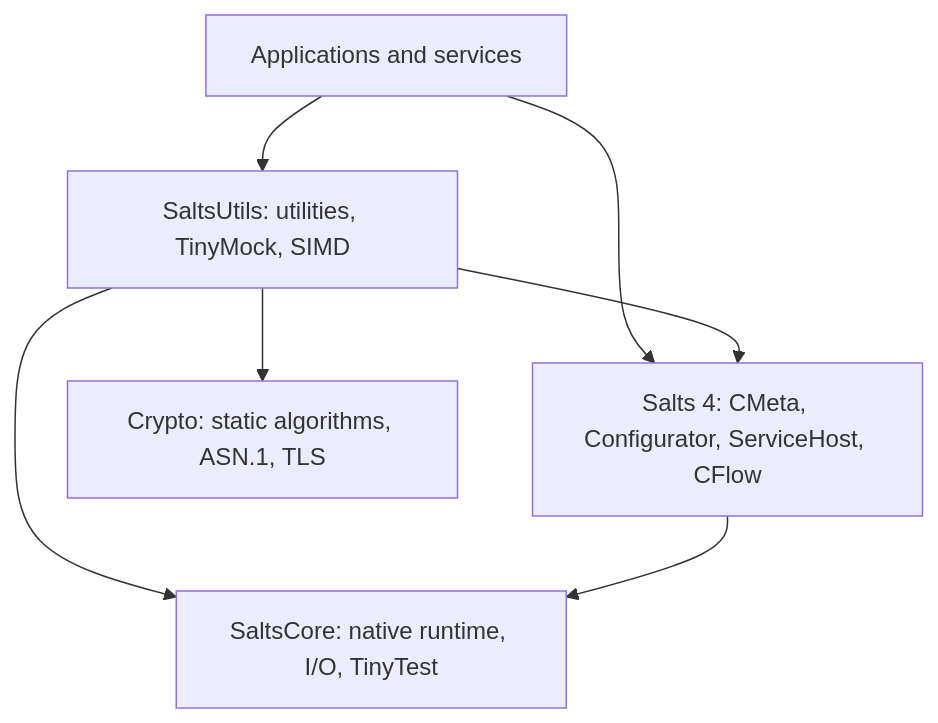
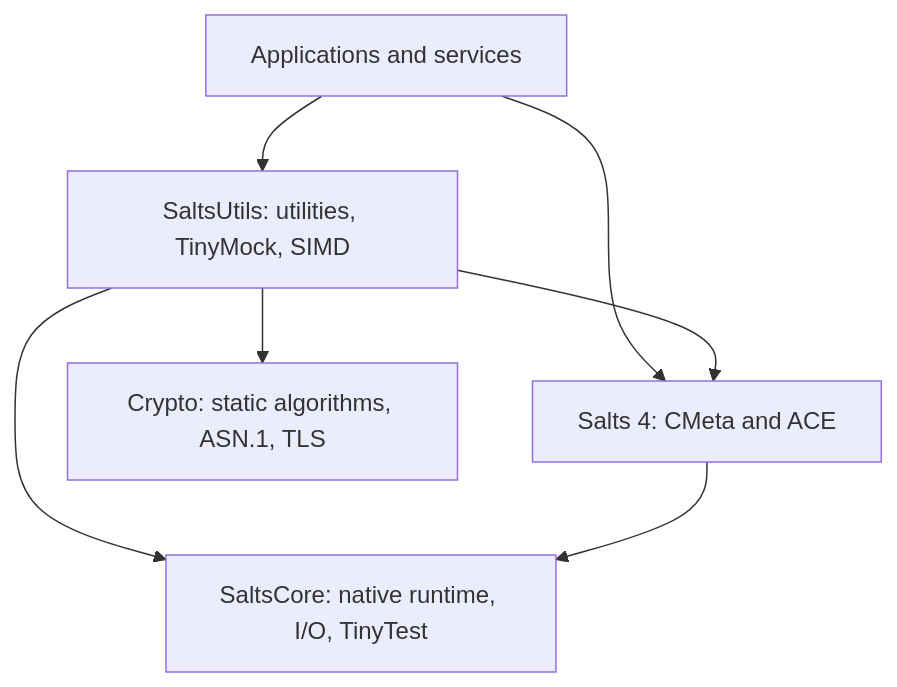
The diagram in ARCHITECTURE.md (qigao/cmeta), drawn with Mermaid before and after one commit. The commit also changed other lines of this file and 2 other files, not shown here.

Commit message:
docs: focus Salts positioning on CMeta and ACE

````diff
--- a/ARCHITECTURE.md
+++ b/ARCHITECTURE.md
@@ -5,14 +6,14 @@
 ```mermaid
 flowchart TD
     app["Applications and services"]
     utils["SaltsUtils: utilities, TinyMock, SIMD"]
-    salts["Salts 4: CMeta, Configurator, ServiceHost, CFlow"]
+    salts["Salts 4: CMeta and ACE"]
     core["SaltsCore: native runtime, I/O, TinyTest"]
     crypto["Crypto: static algorithms, ASN.1, TLS"]
     app --> utils
     app --> salts
     utils --> salts
     utils --> core
     utils --> crypto
     salts --> core
 ```
````
